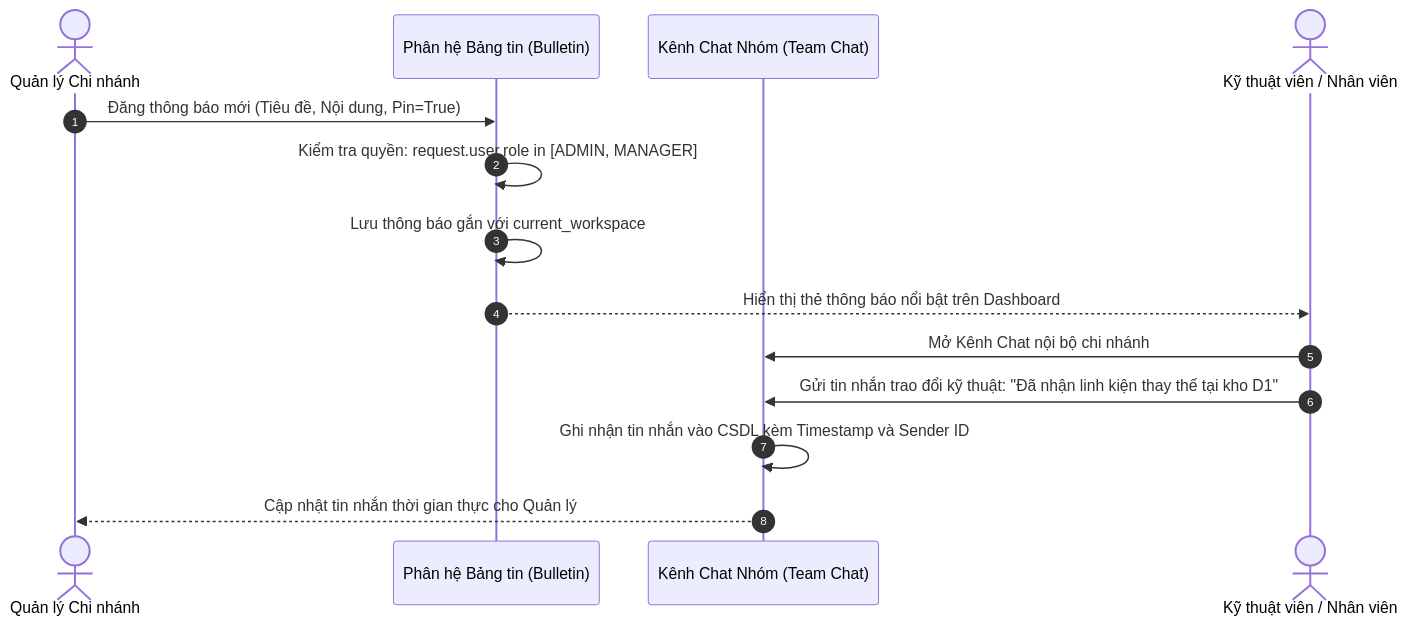
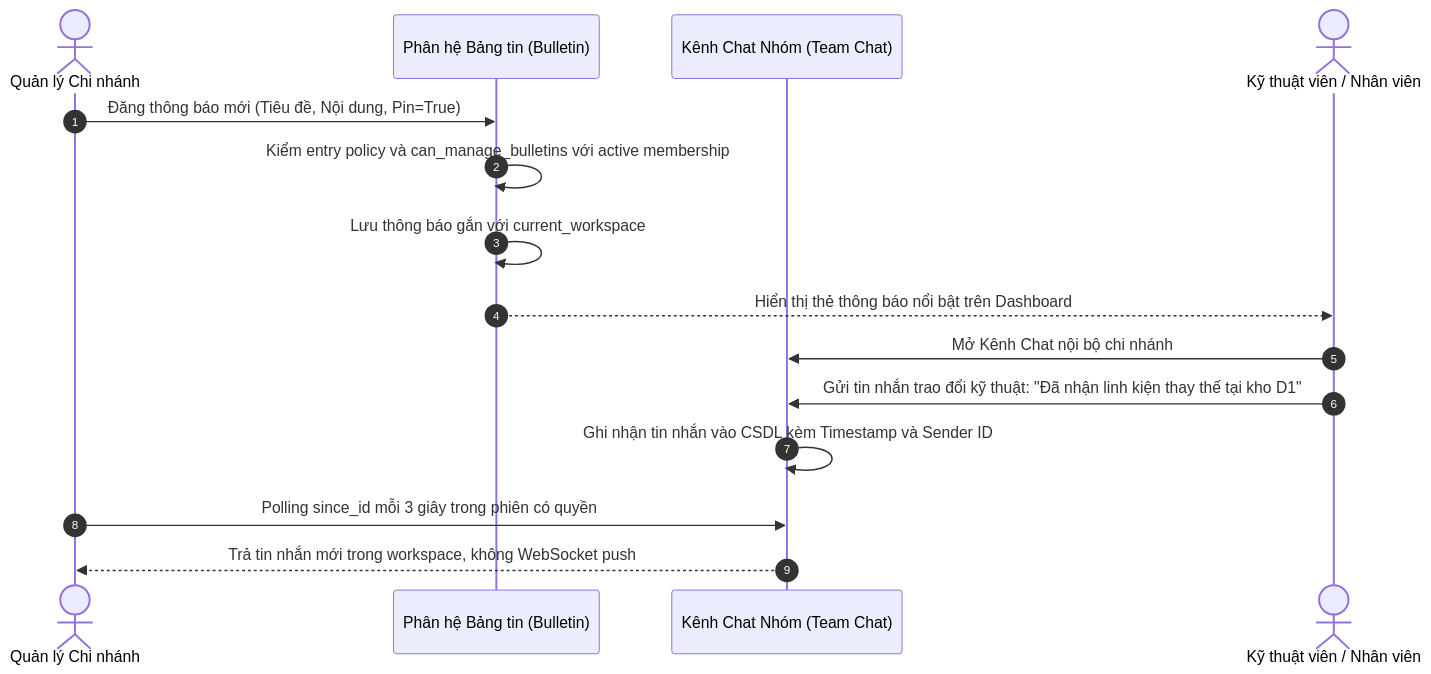
One commit to tienpp1/alphatech changed the fifth of 5 diagrams in docs/THUYET_MINH_DO_AN_CHUONG_3_4_5.md. Above: the diagram before and after it, drawn with Mermaid. The commit also changed other lines of this file and 15 other files, not shown here.

````diff
--- a/docs/THUYET_MINH_DO_AN_CHUONG_3_4_5.md
+++ b/docs/THUYET_MINH_DO_AN_CHUONG_3_4_5.md
@@ -325,17 +328,18 @@
 ```mermaid
 sequenceDiagram
     autonumber
     actor Manager as Quản lý Chi nhánh
     participant Bulletin as Phân hệ Bảng tin (Bulletin)
     participant TeamChat as Kênh Chat Nhóm (Team Chat)
     actor Tech as Kỹ thuật viên / Nhân viên
 
     Manager->>Bulletin: Đăng thông báo mới (Tiêu đề, Nội dung, Pin=True)
-    Bulletin->>Bulletin: Kiểm tra quyền: request.user.role in [ADMIN, MANAGER]
+    Bulletin->>Bulletin: Kiểm entry policy và can_manage_bulletins với active membership
     Bulletin->>Bulletin: Lưu thông báo gắn với current_workspace
     Bulletin-->>Tech: Hiển thị thẻ thông báo nổi bật trên Dashboard
     Tech->>TeamChat: Mở Kênh Chat nội bộ chi nhánh
     Tech->>TeamChat: Gửi tin nhắn trao đổi kỹ thuật: "Đã nhận linh kiện thay thế tại kho D1"
     TeamChat->>TeamChat: Ghi nhận tin nhắn vào CSDL kèm Timestamp và Sender ID
-    TeamChat-->>Manager: Cập nhật tin nhắn thời gian thực cho Quản lý
+    Manager->>TeamChat: Polling since_id mỗi 3 giây trong phiên có quyền
+    TeamChat-->>Manager: Trả tin nhắn mới trong workspace, không WebSocket push
 ```
````
